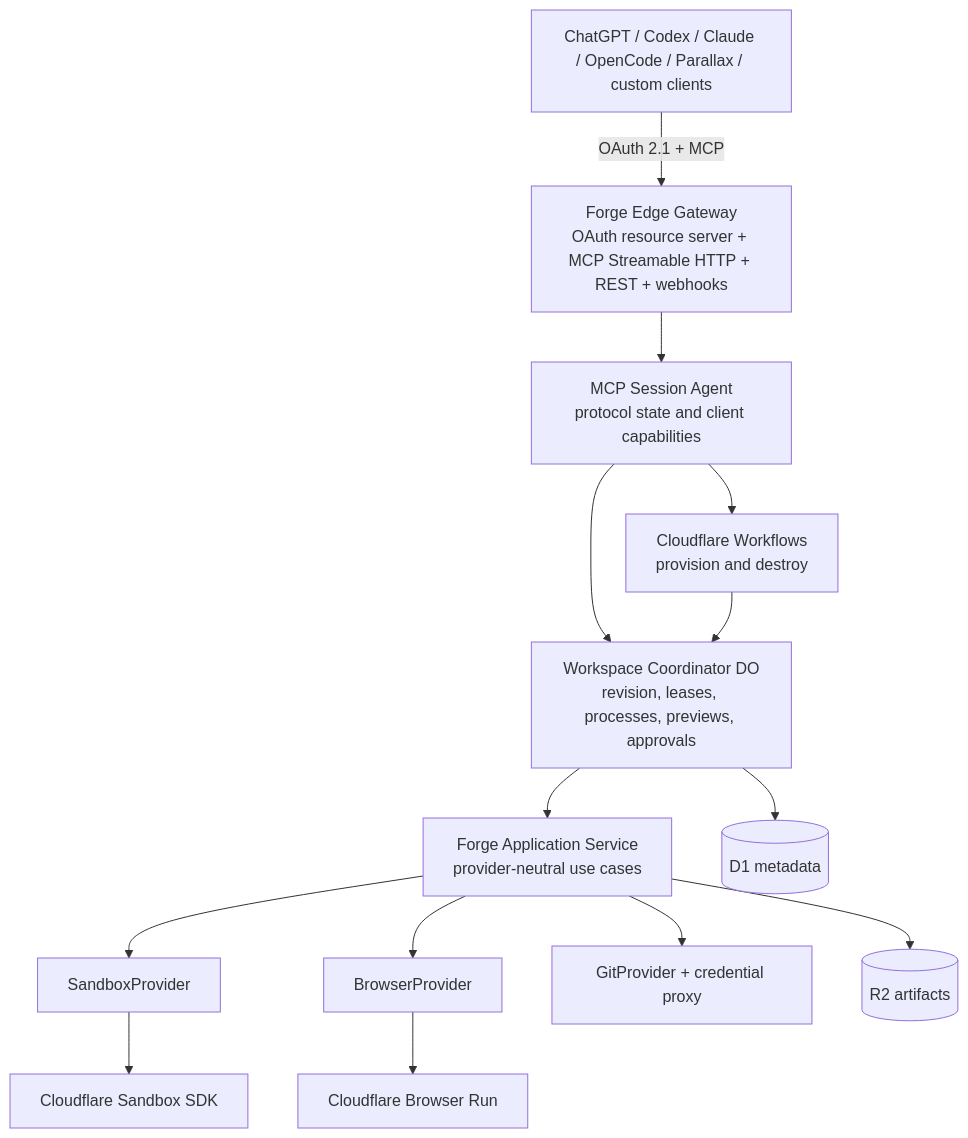
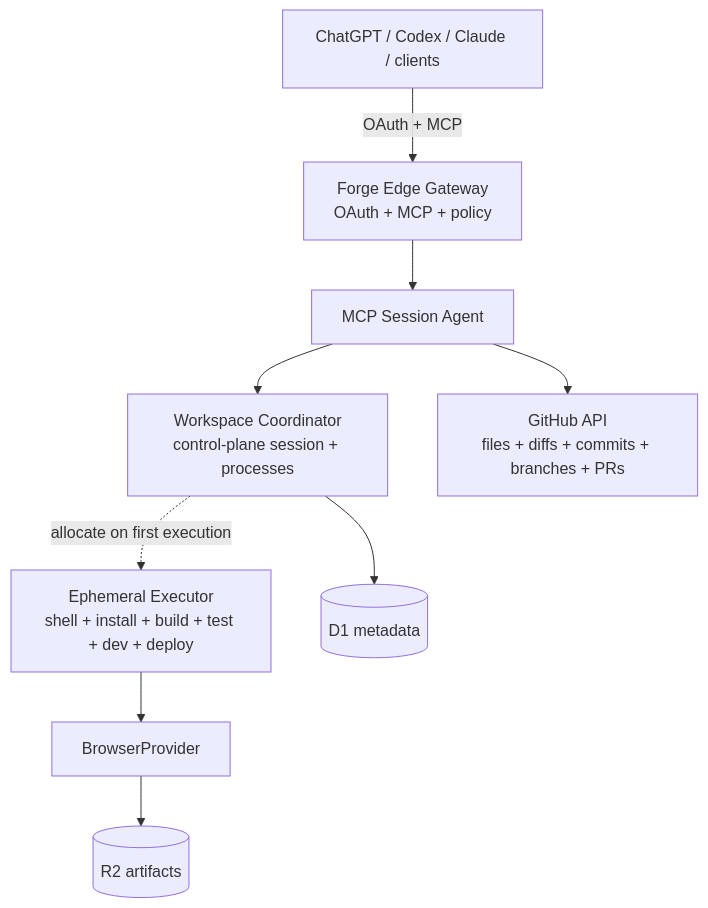
The diagram in docs/architecture/system.md (timc0y/forge-mcp), drawn with Mermaid before and after one commit. The commit also changed other lines of this file and 35 other files, not shown here.

Commit message:
Make GitHub the durable CRUD plane

````diff
--- a/docs/architecture/system.md
+++ b/docs/architecture/system.md
@@ -5,27 +5,20 @@
 ```mermaid
 flowchart TD
-  C[ChatGPT / Codex / Claude / OpenCode / Parallax / custom clients]
-  G[Forge Edge Gateway\nOAuth resource server + MCP Streamable HTTP + REST + webhooks]
-  M[MCP Session Agent\nprotocol state and client capabilities]
-  W[Workspace Coordinator DO\nrevision, leases, processes, previews, approvals]
-  WF[Cloudflare Workflows\nprovision and destroy]
-  A[Forge Application Service\nprovider-neutral use cases]
-  S[SandboxProvider]
-  CS[Cloudflare Sandbox SDK]
+  C[ChatGPT / Codex / Claude / clients]
+  G[Forge Edge Gateway\nOAuth + MCP + policy]
+  M[MCP Session Agent]
+  W[Workspace Coordinator\ncontrol-plane session + processes]
+  GH[GitHub API\nfiles + diffs + commits + branches + PRs]
+  E[Ephemeral Executor\nshell + install + build + test + dev + deploy]
   B[BrowserProvider]
-  BR[Cloudflare Browser Run]
-  GH[GitProvider + credential proxy]
   R[(R2 artifacts)]
   D[(D1 metadata)]
-  C -->|OAuth 2.1 + MCP| G
-  G --> M
+
+  C -->|OAuth + MCP| G --> M
   M --> W
-  M --> WF
-  WF --> W
-  W --> A
-  A --> S --> CS
-  A --> B --> BR
-  A --> GH
-  A --> R
+  M --> GH
+  W -. allocate on first execution .-> E
+  E --> B
+  B --> R
   W --> D
 ```
````
